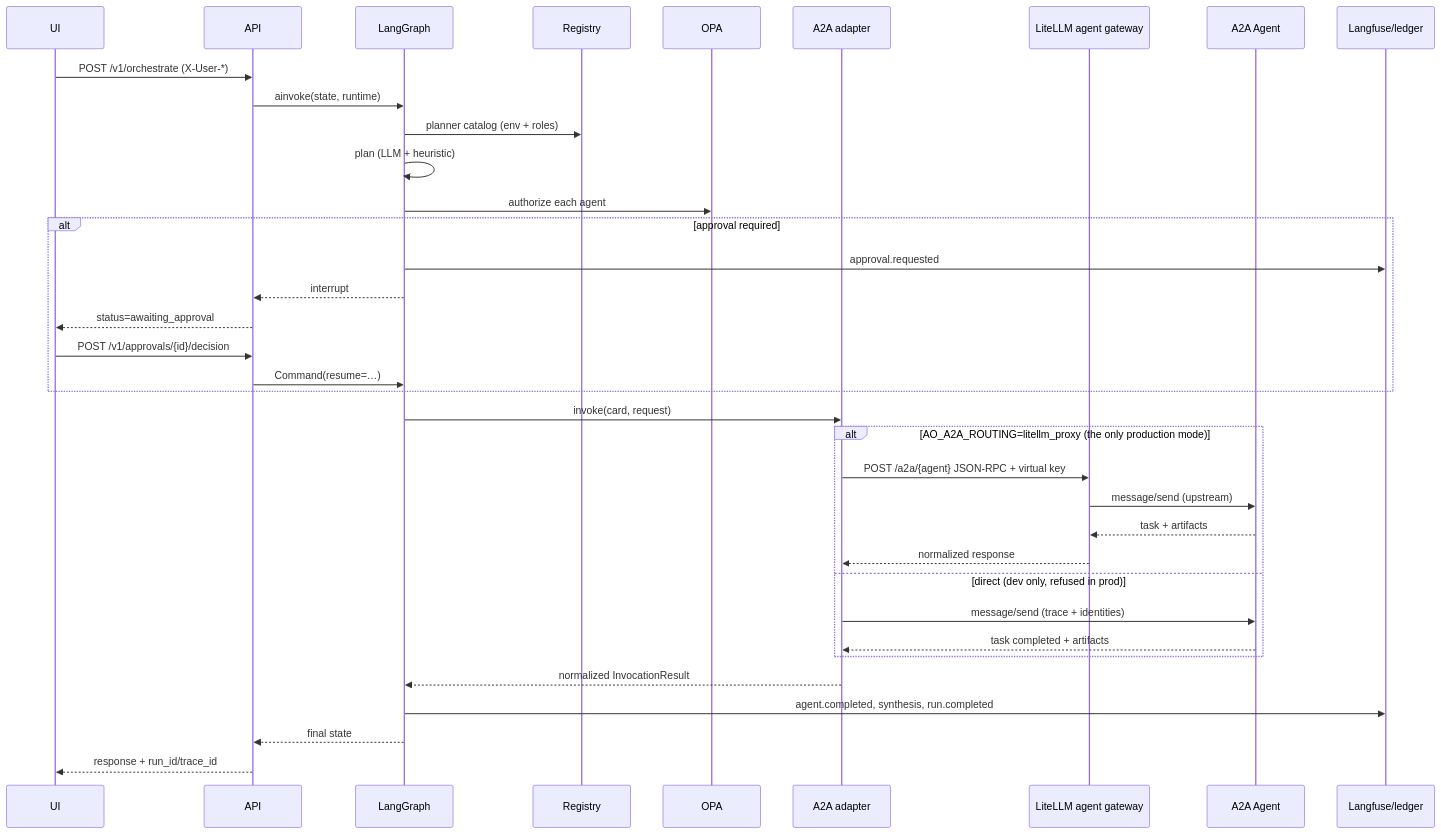
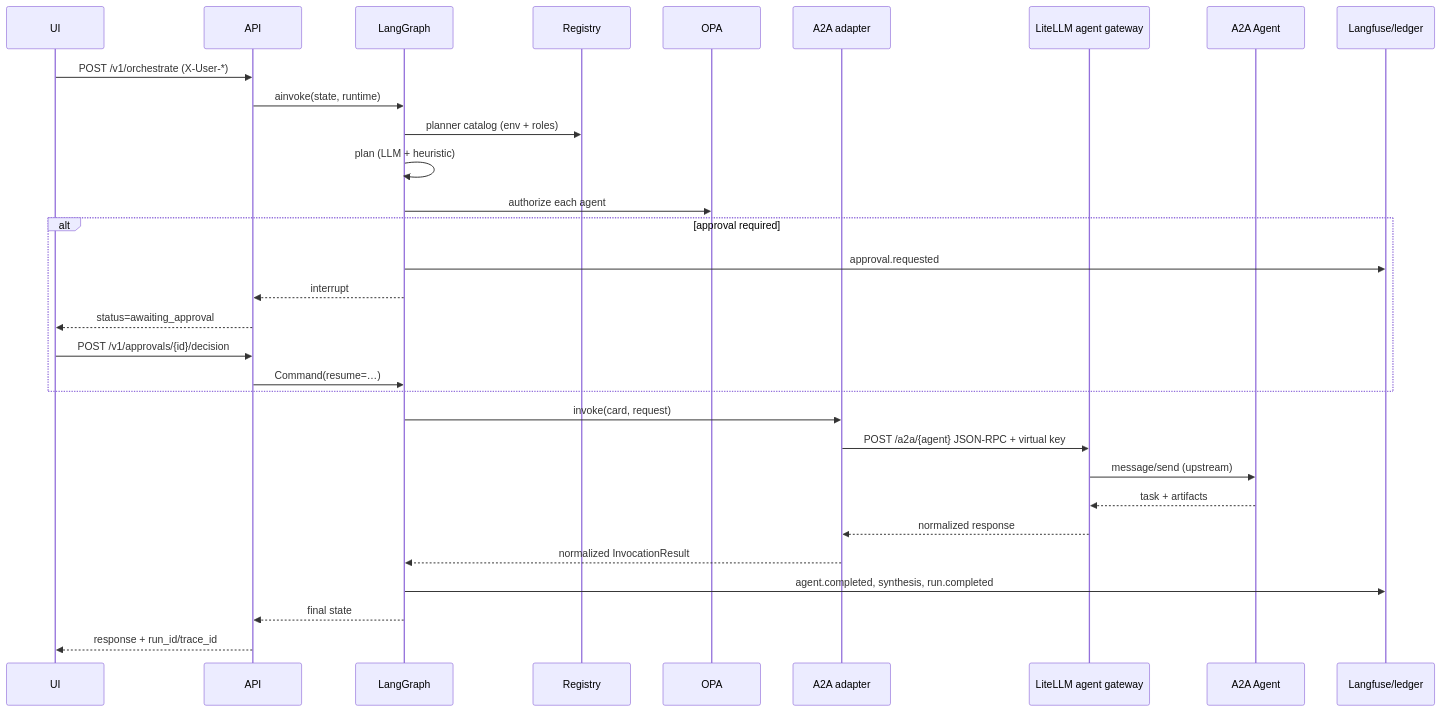
Before and after one commit to ranganadh8599/Alstom_AO: the diagram in docs/architecture.md, drawn with Mermaid. The commit also changed 22 other files, not shown here.

First line of the commit message:
refactor: delete the direct agent invocation path

````diff
--- a/docs/architecture.md
+++ b/docs/architecture.md
@@ -20,39 +20,34 @@
 ```mermaid
 sequenceDiagram
     participant UI
     participant API
     participant G as LangGraph
     participant R as Registry
     participant O as OPA
     participant X as A2A adapter
     participant W as LiteLLM agent gateway
     participant A as A2A Agent
     participant L as Langfuse/ledger
 
     UI->>API: POST /v1/orchestrate (X-User-*)
     API->>G: ainvoke(state, runtime)
     G->>R: planner catalog (env + roles)
     G->>G: plan (LLM + heuristic)
     G->>O: authorize each agent
     alt approval required
         G->>L: approval.requested
         G-->>API: interrupt
         API-->>UI: status=awaiting_approval
         UI->>API: POST /v1/approvals/{id}/decision
         API->>G: Command(resume=…)
     end
     G->>X: invoke(card, request)
-    alt AO_A2A_ROUTING=litellm_proxy (the only production mode)
-        X->>W: POST /a2a/{agent} JSON-RPC + virtual key
-        W->>A: message/send (upstream)
-        A-->>W: task + artifacts
-        W-->>X: normalized response
-    else direct (dev only, refused in prod)
-        X->>A: message/send (trace + identities)
-        A-->>X: task completed + artifacts
-    end
+    X->>W: POST /a2a/{agent} JSON-RPC + virtual key
+    W->>A: message/send (upstream)
+    A-->>W: task + artifacts
+    W-->>X: normalized response
     X-->>G: normalized InvocationResult
     G->>L: agent.completed, synthesis, run.completed
     G-->>API: final state
     API-->>UI: response + run_id/trace_id
 ```
````
